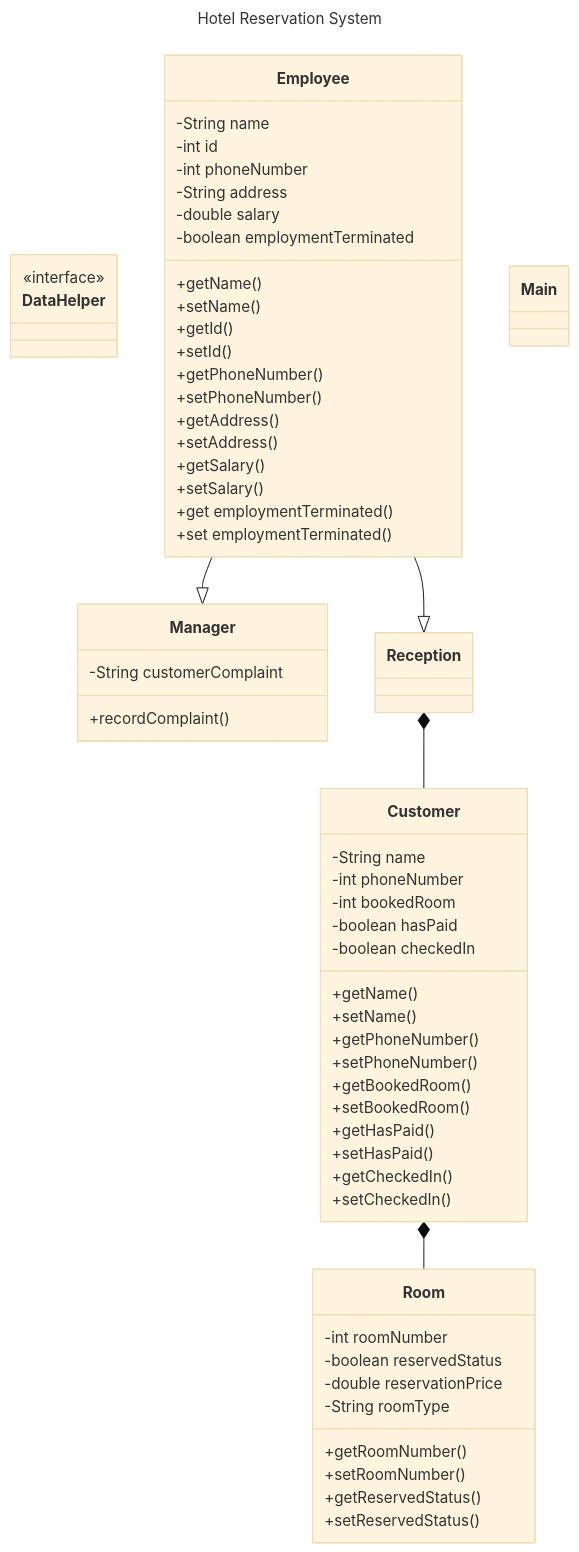
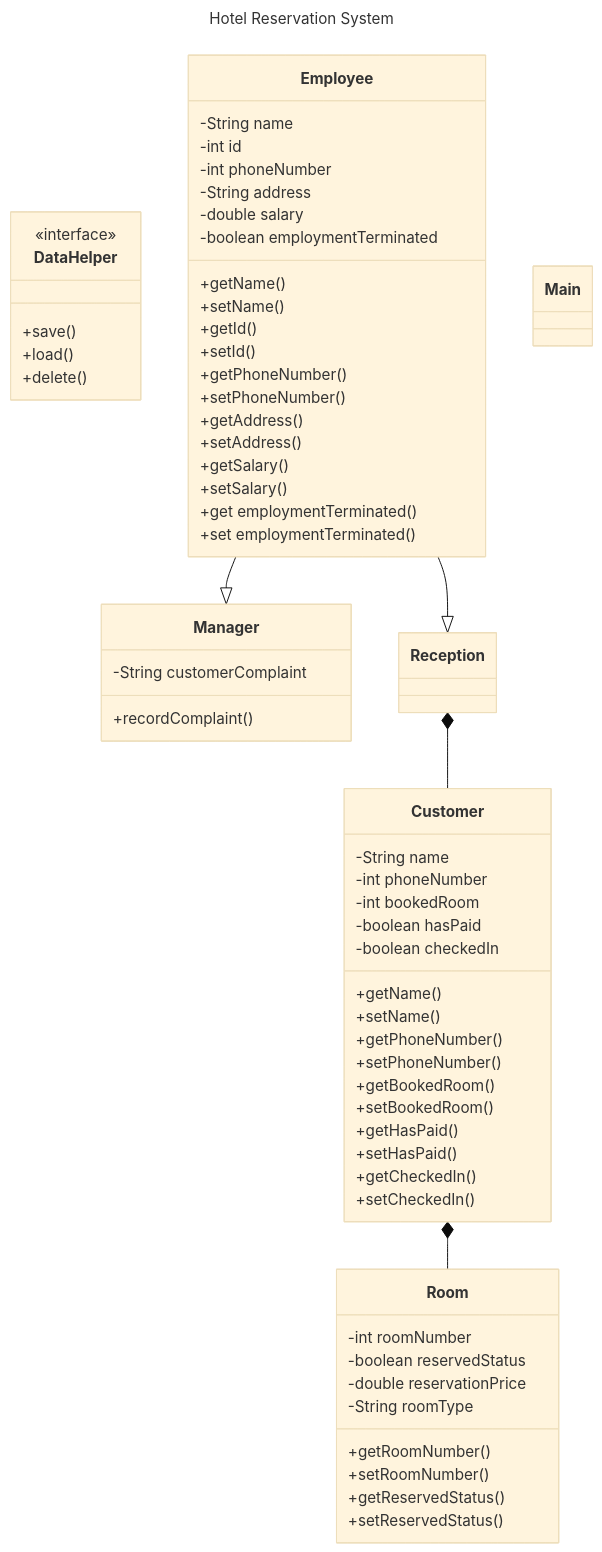
One commit to roxashrb/2425-cc3-1e-project-team-and-jerry changed the diagram in wiki/class-diagram.md. Above: the diagram before and after it, drawn with Mermaid (base theme).

````diff
--- a/wiki/class-diagram.md
+++ b/wiki/class-diagram.md
@@ -1,77 +1,81 @@
 ```mermaid
 ---
 title: Hotel Reservation System
 ---
 
 classDiagram
     Customer *-- Room
     class Customer {
         -String name
         -int phoneNumber
         -int bookedRoom
         -boolean hasPaid
         -boolean checkedIn
         +getName()
         +setName()
         +getPhoneNumber()
         +setPhoneNumber()
         +getBookedRoom()
         +setBookedRoom()
         +getHasPaid()
         +setHasPaid()
         +getCheckedIn()
         +setCheckedIn()
     }
 
-    class DataHelper
-    <<interface>> DataHelper
+    class DataHelper {
+        <<interface>>
+        +save()
+        +load()
+        +delete()
+    }
     
 
     class Employee {
         -String name
         -int id
         -int phoneNumber
         -String address
         -double salary
         -boolean employmentTerminated
         +getName()
         +setName()
         +getId()
         +setId()
         +getPhoneNumber()
         +setPhoneNumber()
         +getAddress()
         +setAddress()
         +getSalary()
         +setSalary()
         +get employmentTerminated()
         +set employmentTerminated()
     }
 
     class Main {
     }
 
     Employee --|> Manager
     class Manager {
         -String customerComplaint
         +recordComplaint()
     }
 
 
     Employee --|> Reception
     Reception *-- Customer
     class Reception {
         
     }
 
     class Room {
         -int roomNumber
         -boolean reservedStatus
         -double reservationPrice
         -String roomType
         +getRoomNumber()
         +setRoomNumber()
         +getReservedStatus()
         +setReservedStatus()
     }
 ```
````
